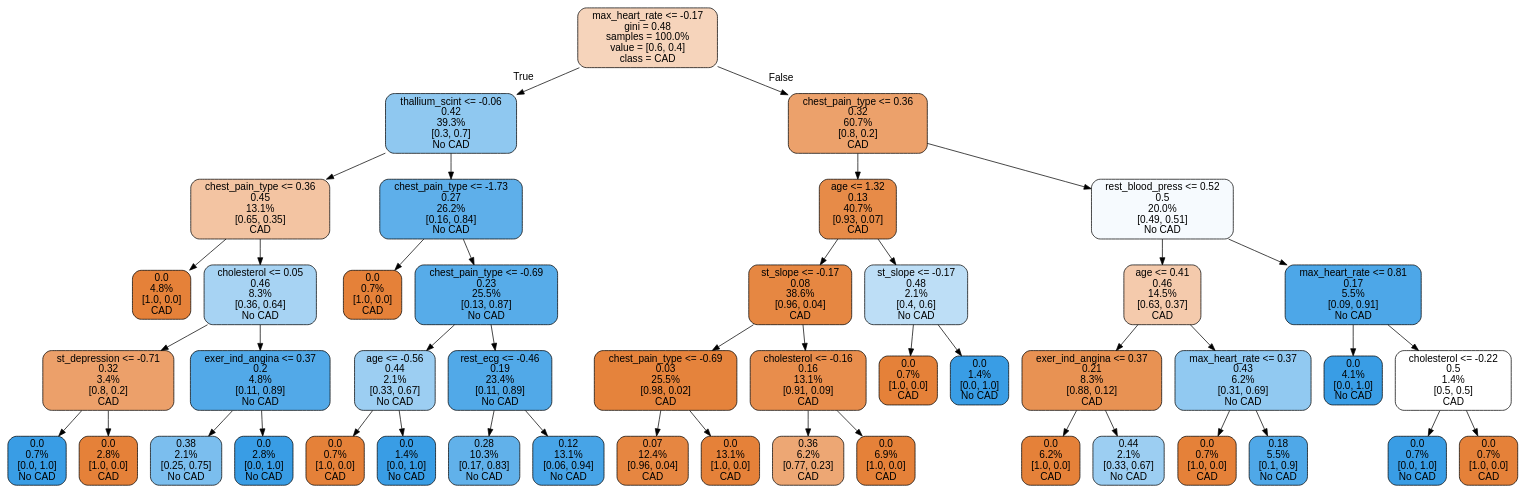
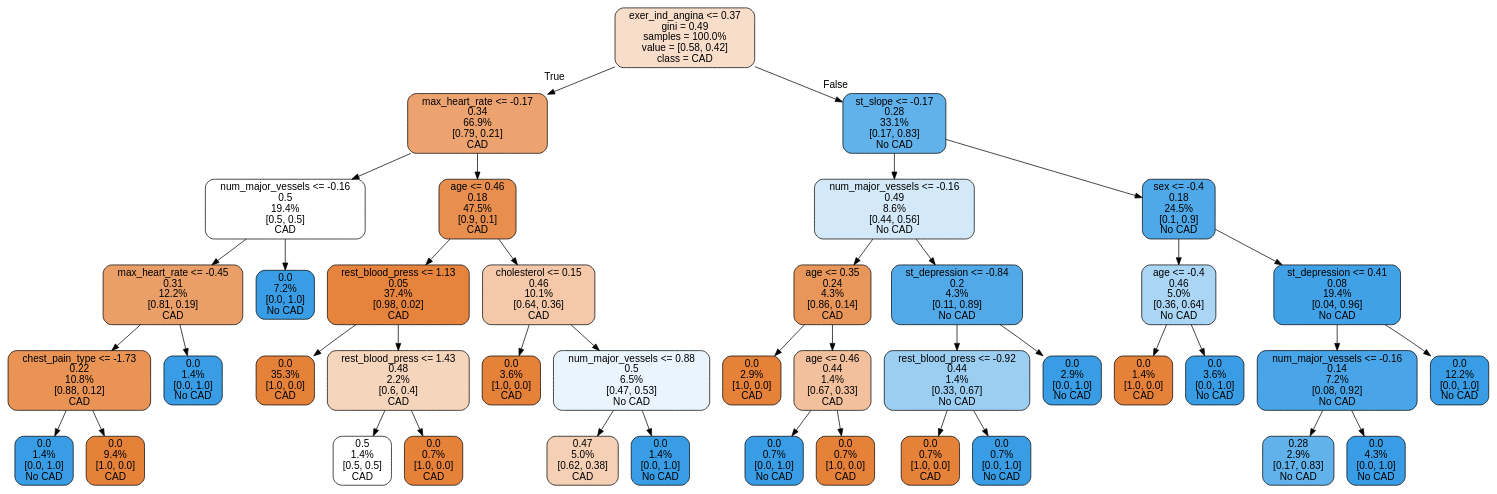
Before and after one commit to LourensWalters/cor_art_dis: the diagram in cor_art_dis/notebooks/tree.dot, drawn with Graphviz. The commit also changed 4 other files, not shown here.

```diff
--- a/cor_art_dis/notebooks/tree.dot
+++ b/cor_art_dis/notebooks/tree.dot
@@ -1,93 +1,85 @@
 digraph Tree {
 node [shape=box, style="filled, rounded", color="black", fontname=helvetica] ;
 edge [fontname=helvetica] ;
-0 [label="max_heart_rate <= -0.17\ngini = 0.48\nsamples = 100.0%\nvalue = [0.6, 0.4]\nclass = CAD", fillcolor="#f6d4bb"] ;
-1 [label="thallium_scint <= -0.06\n0.42\n39.3%\n[0.3, 0.7]\nNo CAD", fillcolor="#8fc8f0"] ;
+0 [label="exer_ind_angina <= 0.37\ngini = 0.49\nsamples = 100.0%\nvalue = [0.58, 0.42]\nclass = CAD", fillcolor="#f8ddca"] ;
+1 [label="max_heart_rate <= -0.17\n0.34\n66.9%\n[0.79, 0.21]\nCAD", fillcolor="#eca36f"] ;
 0 -> 1 [labeldistance=2.5, labelangle=45, headlabel="True"] ;
-2 [label="chest_pain_type <= 0.36\n0.45\n13.1%\n[0.65, 0.35]\nCAD", fillcolor="#f3c4a2"] ;
+2 [label="num_major_vessels <= -0.16\n0.5\n19.4%\n[0.5, 0.5]\nCAD", fillcolor="#ffffff"] ;
 1 -> 2 ;
-3 [label="0.0\n4.8%\n[1.0, 0.0]\nCAD", fillcolor="#e58139"] ;
+3 [label="max_heart_rate <= -0.45\n0.31\n12.2%\n[0.81, 0.19]\nCAD", fillcolor="#eb9f68"] ;
 2 -> 3 ;
-4 [label="cholesterol <= 0.05\n0.46\n8.3%\n[0.36, 0.64]\nNo CAD", fillcolor="#a7d3f3"] ;
-2 -> 4 ;
-5 [label="st_depression <= -0.71\n0.32\n3.4%\n[0.8, 0.2]\nCAD", fillcolor="#eca06a"] ;
+4 [label="chest_pain_type <= -1.73\n0.22\n10.8%\n[0.88, 0.12]\nCAD", fillcolor="#e99355"] ;
+3 -> 4 ;
+5 [label="0.0\n1.4%\n[0.0, 1.0]\nNo CAD", fillcolor="#399de5"] ;
 4 -> 5 ;
-6 [label="0.0\n0.7%\n[0.0, 1.0]\nNo CAD", fillcolor="#399de5"] ;
-5 -> 6 ;
-7 [label="0.0\n2.8%\n[1.0, 0.0]\nCAD", fillcolor="#e58139"] ;
-5 -> 7 ;
-8 [label="exer_ind_angina <= 0.37\n0.2\n4.8%\n[0.11, 0.89]\nNo CAD", fillcolor="#52a9e8"] ;
-4 -> 8 ;
-9 [label="0.38\n2.1%\n[0.25, 0.75]\nNo CAD", fillcolor="#7bbeee"] ;
-8 -> 9 ;
-10 [label="0.0\n2.8%\n[0.0, 1.0]\nNo CAD", fillcolor="#399de5"] ;
-8 -> 10 ;
-11 [label="chest_pain_type <= -1.73\n0.27\n26.2%\n[0.16, 0.84]\nNo CAD", fillcolor="#5eafea"] ;
-1 -> 11 ;
-12 [label="0.0\n0.7%\n[1.0, 0.0]\nCAD", fillcolor="#e58139"] ;
-11 -> 12 ;
-13 [label="chest_pain_type <= -0.69\n0.23\n25.5%\n[0.13, 0.87]\nNo CAD", fillcolor="#57ace9"] ;
-11 -> 13 ;
-14 [label="age <= -0.56\n0.44\n2.1%\n[0.33, 0.67]\nNo CAD", fillcolor="#9ccef2"] ;
-13 -> 14 ;
-15 [label="0.0\n0.7%\n[1.0, 0.0]\nCAD", fillcolor="#e58139"] ;
-14 -> 15 ;
-16 [label="0.0\n1.4%\n[0.0, 1.0]\nNo CAD", fillcolor="#399de5"] ;
-14 -> 16 ;
-17 [label="rest_ecg <= -0.46\n0.19\n23.4%\n[0.11, 0.89]\nNo CAD", fillcolor="#51a9e8"] ;
-13 -> 17 ;
-18 [label="0.28\n10.3%\n[0.17, 0.83]\nNo CAD", fillcolor="#61b1ea"] ;
+6 [label="0.0\n9.4%\n[1.0, 0.0]\nCAD", fillcolor="#e58139"] ;
+4 -> 6 ;
+7 [label="0.0\n1.4%\n[0.0, 1.0]\nNo CAD", fillcolor="#399de5"] ;
+3 -> 7 ;
+8 [label="0.0\n7.2%\n[0.0, 1.0]\nNo CAD", fillcolor="#399de5"] ;
+2 -> 8 ;
+9 [label="age <= 0.46\n0.18\n47.5%\n[0.9, 0.1]\nCAD", fillcolor="#e88f4f"] ;
+1 -> 9 ;
+10 [label="rest_blood_press <= 1.13\n0.05\n37.4%\n[0.98, 0.02]\nCAD", fillcolor="#e6843e"] ;
+9 -> 10 ;
+11 [label="0.0\n35.3%\n[1.0, 0.0]\nCAD", fillcolor="#e58139"] ;
+10 -> 11 ;
+12 [label="rest_blood_press <= 1.43\n0.48\n2.2%\n[0.6, 0.4]\nCAD", fillcolor="#f6d5bd"] ;
+10 -> 12 ;
+13 [label="0.5\n1.4%\n[0.5, 0.5]\nCAD", fillcolor="#ffffff"] ;
+12 -> 13 ;
+14 [label="0.0\n0.7%\n[1.0, 0.0]\nCAD", fillcolor="#e58139"] ;
+12 -> 14 ;
+15 [label="cholesterol <= 0.15\n0.46\n10.1%\n[0.64, 0.36]\nCAD", fillcolor="#f4c8a8"] ;
+9 -> 15 ;
+16 [label="0.0\n3.6%\n[1.0, 0.0]\nCAD", fillcolor="#e58139"] ;
+15 -> 16 ;
+17 [label="num_major_vessels <= 0.88\n0.5\n6.5%\n[0.47, 0.53]\nNo CAD", fillcolor="#e9f4fc"] ;
+15 -> 17 ;
+18 [label="0.47\n5.0%\n[0.62, 0.38]\nCAD", fillcolor="#f5d0b5"] ;
 17 -> 18 ;
-19 [label="0.12\n13.1%\n[0.06, 0.94]\nNo CAD", fillcolor="#47a4e7"] ;
+19 [label="0.0\n1.4%\n[0.0, 1.0]\nNo CAD", fillcolor="#399de5"] ;
 17 -> 19 ;
-20 [label="chest_pain_type <= 0.36\n0.32\n60.7%\n[0.8, 0.2]\nCAD", fillcolor="#eca16b"] ;
+20 [label="st_slope <= -0.17\n0.28\n33.1%\n[0.17, 0.83]\nNo CAD", fillcolor="#61b1ea"] ;
 0 -> 20 [labeldistance=2.5, labelangle=-45, headlabel="False"] ;
-21 [label="age <= 1.32\n0.13\n40.7%\n[0.93, 0.07]\nCAD", fillcolor="#e78b48"] ;
+21 [label="num_major_vessels <= -0.16\n0.49\n8.6%\n[0.44, 0.56]\nNo CAD", fillcolor="#d3e9f9"] ;
 20 -> 21 ;
-22 [label="st_slope <= -0.17\n0.08\n38.6%\n[0.96, 0.04]\nCAD", fillcolor="#e68742"] ;
+22 [label="age <= 0.35\n0.24\n4.3%\n[0.86, 0.14]\nCAD", fillcolor="#e9965a"] ;
 21 -> 22 ;
-23 [label="chest_pain_type <= -0.69\n0.03\n25.5%\n[0.98, 0.02]\nCAD", fillcolor="#e5833c"] ;
+23 [label="0.0\n2.9%\n[1.0, 0.0]\nCAD", fillcolor="#e58139"] ;
 22 -> 23 ;
-24 [label="0.07\n12.4%\n[0.96, 0.04]\nCAD", fillcolor="#e68641"] ;
-23 -> 24 ;
-25 [label="0.0\n13.1%\n[1.0, 0.0]\nCAD", fillcolor="#e58139"] ;
-23 -> 25 ;
-26 [label="cholesterol <= -0.16\n0.16\n13.1%\n[0.91, 0.09]\nCAD", fillcolor="#e88d4c"] ;
-22 -> 26 ;
-27 [label="0.36\n6.2%\n[0.77, 0.23]\nCAD", fillcolor="#eda774"] ;
-26 -> 27 ;
-28 [label="0.0\n6.9%\n[1.0, 0.0]\nCAD", fillcolor="#e58139"] ;
-26 -> 28 ;
-29 [label="st_slope <= -0.17\n0.48\n2.1%\n[0.4, 0.6]\nNo CAD", fillcolor="#bddef6"] ;
-21 -> 29 ;
-30 [label="0.0\n0.7%\n[1.0, 0.0]\nCAD", fillcolor="#e58139"] ;
-29 -> 30 ;
-31 [label="0.0\n1.4%\n[0.0, 1.0]\nNo CAD", fillcolor="#399de5"] ;
-29 -> 31 ;
-32 [label="rest_blood_press <= 0.52\n0.5\n20.0%\n[0.49, 0.51]\nNo CAD", fillcolor="#f6fafe"] ;
+24 [label="age <= 0.46\n0.44\n1.4%\n[0.67, 0.33]\nCAD", fillcolor="#f2c09c"] ;
+22 -> 24 ;
+25 [label="0.0\n0.7%\n[0.0, 1.0]\nNo CAD", fillcolor="#399de5"] ;
+24 -> 25 ;
+26 [label="0.0\n0.7%\n[1.0, 0.0]\nCAD", fillcolor="#e58139"] ;
+24 -> 26 ;
+27 [label="st_depression <= -0.84\n0.2\n4.3%\n[0.11, 0.89]\nNo CAD", fillcolor="#52a9e8"] ;
+21 -> 27 ;
+28 [label="rest_blood_press <= -0.92\n0.44\n1.4%\n[0.33, 0.67]\nNo CAD", fillcolor="#9ccef2"] ;
+27 -> 28 ;
+29 [label="0.0\n0.7%\n[1.0, 0.0]\nCAD", fillcolor="#e58139"] ;
+28 -> 29 ;
+30 [label="0.0\n0.7%\n[0.0, 1.0]\nNo CAD", fillcolor="#399de5"] ;
+28 -> 30 ;
+31 [label="0.0\n2.9%\n[0.0, 1.0]\nNo CAD", fillcolor="#399de5"] ;
+27 -> 31 ;
+32 [label="sex <= -0.4\n0.18\n24.5%\n[0.1, 0.9]\nNo CAD", fillcolor="#4fa8e8"] ;
 20 -> 32 ;
-33 [label="age <= 0.41\n0.46\n14.5%\n[0.63, 0.37]\nCAD", fillcolor="#f4caac"] ;
+33 [label="age <= -0.4\n0.46\n5.0%\n[0.36, 0.64]\nNo CAD", fillcolor="#aad5f4"] ;
 32 -> 33 ;
-34 [label="exer_ind_angina <= 0.37\n0.21\n8.3%\n[0.88, 0.12]\nCAD", fillcolor="#e89253"] ;
+34 [label="0.0\n1.4%\n[1.0, 0.0]\nCAD", fillcolor="#e58139"] ;
 33 -> 34 ;
-35 [label="0.0\n6.2%\n[1.0, 0.0]\nCAD", fillcolor="#e58139"] ;
-34 -> 35 ;
-36 [label="0.44\n2.1%\n[0.33, 0.67]\nNo CAD", fillcolor="#9ccef2"] ;
-34 -> 36 ;
-37 [label="max_heart_rate <= 0.37\n0.43\n6.2%\n[0.31, 0.69]\nNo CAD", fillcolor="#91c9f1"] ;
-33 -> 37 ;
-38 [label="0.0\n0.7%\n[1.0, 0.0]\nCAD", fillcolor="#e58139"] ;
+35 [label="0.0\n3.6%\n[0.0, 1.0]\nNo CAD", fillcolor="#399de5"] ;
+33 -> 35 ;
+36 [label="st_depression <= 0.41\n0.08\n19.4%\n[0.04, 0.96]\nNo CAD", fillcolor="#41a1e6"] ;
+32 -> 36 ;
+37 [label="num_major_vessels <= -0.16\n0.14\n7.2%\n[0.08, 0.92]\nNo CAD", fillcolor="#49a5e7"] ;
+36 -> 37 ;
+38 [label="0.28\n2.9%\n[0.17, 0.83]\nNo CAD", fillcolor="#61b1ea"] ;
 37 -> 38 ;
-39 [label="0.18\n5.5%\n[0.1, 0.9]\nNo CAD", fillcolor="#4fa8e8"] ;
+39 [label="0.0\n4.3%\n[0.0, 1.0]\nNo CAD", fillcolor="#399de5"] ;
 37 -> 39 ;
-40 [label="max_heart_rate <= 0.81\n0.17\n5.5%\n[0.09, 0.91]\nNo CAD", fillcolor="#4da7e8"] ;
-32 -> 40 ;
-41 [label="0.0\n4.1%\n[0.0, 1.0]\nNo CAD", fillcolor="#399de5"] ;
-40 -> 41 ;
-42 [label="cholesterol <= -0.22\n0.5\n1.4%\n[0.5, 0.5]\nCAD", fillcolor="#ffffff"] ;
-40 -> 42 ;
-43 [label="0.0\n0.7%\n[0.0, 1.0]\nNo CAD", fillcolor="#399de5"] ;
-42 -> 43 ;
-44 [label="0.0\n0.7%\n[1.0, 0.0]\nCAD", fillcolor="#e58139"] ;
-42 -> 44 ;
+40 [label="0.0\n12.2%\n[0.0, 1.0]\nNo CAD", fillcolor="#399de5"] ;
+36 -> 40 ;
 }
```
